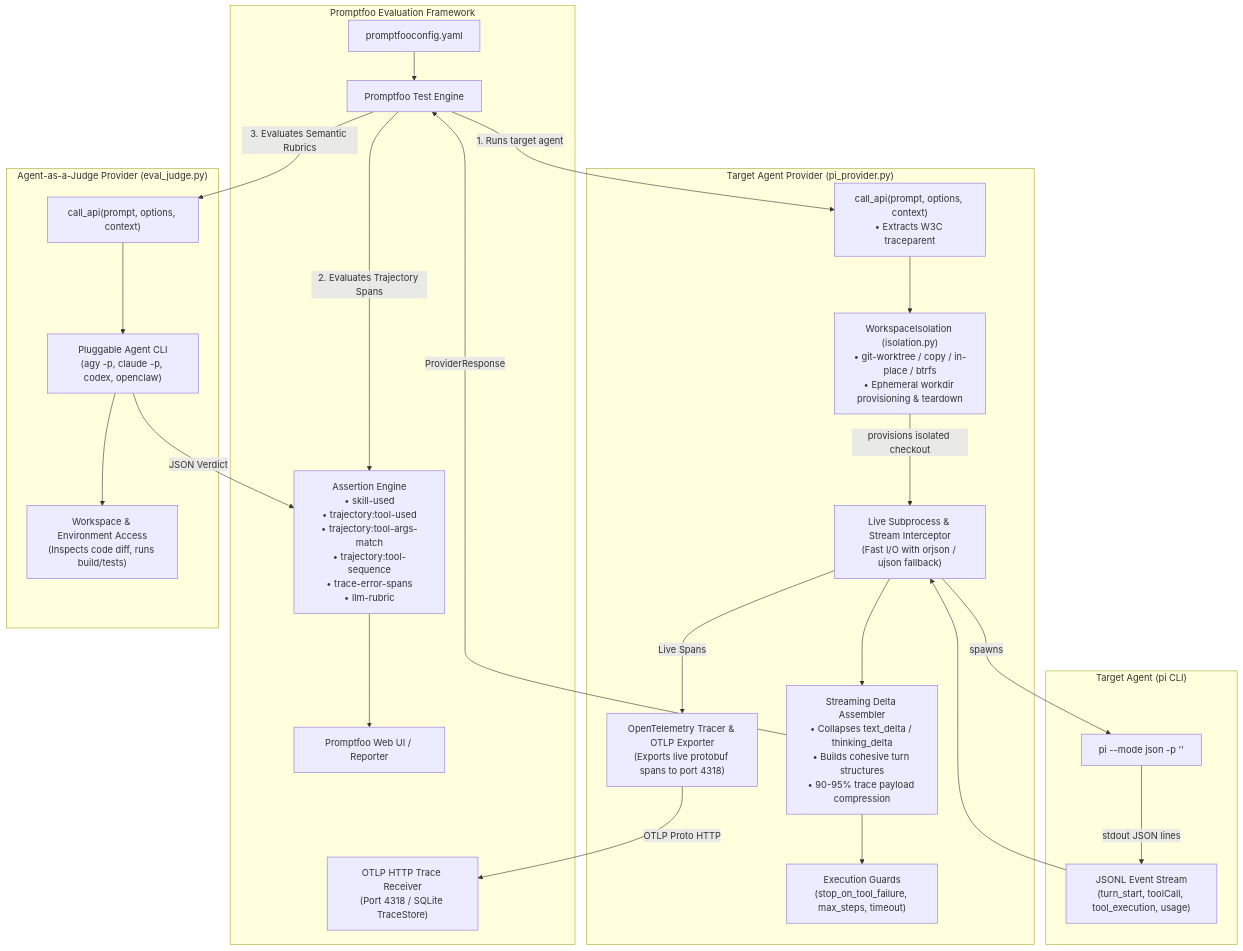
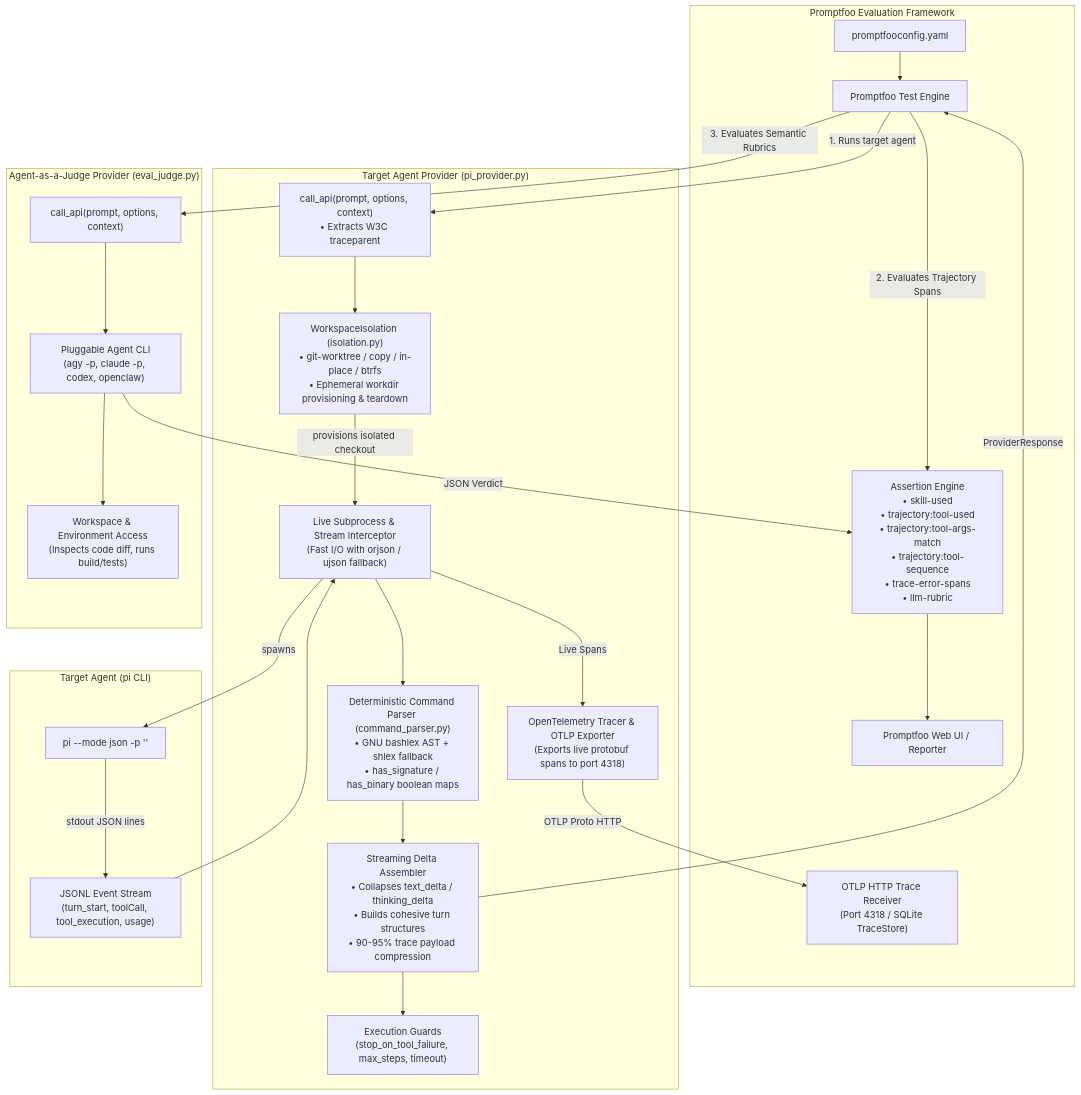
Before and after one commit to vptyp/promptfoo-eval-pi: the first of 2 diagrams in ARCHITECTURE.md, drawn with Mermaid. The commit also changed 1 other file, not shown here.

Commit message:
[docs] Update ARCHITECTURE.md diagram and promptfooconfig.yaml with has_binary matcher
:Description:
- Updated Mermaid architecture diagram in ARCHITECTURE.md to include CommandParser.
- Updated promptfooconfig.yaml test case from raw glob to deterministic has_binary: { pytest: true }.

:Testing:
- Verified markdown rendering and unit test suite (19/19 passing in 0.157s).

````diff
--- a/ARCHITECTURE.md
+++ b/ARCHITECTURE.md
@@ -9,49 +9,51 @@
 ```mermaid
 flowchart TD
     subgraph PF [Promptfoo Evaluation Framework]
         Config["promptfooconfig.yaml"]
         Runner["Promptfoo Test Engine"]
         OTLPRecv["OTLP HTTP Trace Receiver\n(Port 4318 / SQLite TraceStore)"]
         UI["Promptfoo Web UI / Reporter"]
         Assertions["Assertion Engine\n• skill-used\n• trajectory:tool-used\n• trajectory:tool-args-match\n• trajectory:tool-sequence\n• trace-error-spans\n• llm-rubric"]
     end
 
     subgraph Provider ["Target Agent Provider (pi_provider.py)"]
         Entry["call_api(prompt, options, context)\n• Extracts W3C traceparent"]
         IsoManager["WorkspaceIsolation (isolation.py)\n• git-worktree / copy / in-place / btrfs\n• Ephemeral workdir provisioning & teardown"]
         StreamRunner["Live Subprocess & Stream Interceptor\n(Fast I/O with orjson / ujson fallback)"]
+        CmdParser["Deterministic Command Parser (command_parser.py)\n• GNU bashlex AST + shlex fallback\n• has_signature / has_binary boolean maps"]
         DeltaAssembler["Streaming Delta Assembler\n• Collapses text_delta / thinking_delta\n• Builds cohesive turn structures\n• 90-95% trace payload compression"]
         OTelExporter["OpenTelemetry Tracer & OTLP Exporter\n(Exports live protobuf spans to port 4318)"]
         Guard["Execution Guards\n(stop_on_tool_failure, max_steps, timeout)"]
     end
 
     subgraph JudgeProvider ["Agent-as-a-Judge Provider (eval_judge.py)"]
         JudgeEntry["call_api(prompt, options, context)"]
         JudgeCLI["Pluggable Agent CLI\n(agy -p, claude -p, codex, openclaw)"]
         JudgeEnv["Workspace & Environment Access\n(Inspects code diff, runs build/tests)"]
     end
 
     subgraph Target ["Target Agent (pi CLI)"]
         PiProc["pi --mode json -p '<prompt>'"]
         JSONL["JSONL Event Stream\n(turn_start, toolCall, tool_execution, usage)"]
     end
 
     Config --> Runner
     Runner -->|1. Runs target agent| Entry
     Entry --> IsoManager
     IsoManager -->|provisions isolated checkout| StreamRunner
     StreamRunner -->|spawns| PiProc
     PiProc -->|stdout JSON lines| JSONL
     JSONL --> StreamRunner
-    StreamRunner --> DeltaAssembler
+    StreamRunner --> CmdParser
+    CmdParser --> DeltaAssembler
     DeltaAssembler --> Guard
     StreamRunner -->|Live Spans| OTelExporter
     OTelExporter -->|OTLP Proto HTTP| OTLPRecv
     DeltaAssembler -->|ProviderResponse| Runner
     Runner -->|2. Evaluates Trajectory Spans| Assertions
     Runner -->|3. Evaluates Semantic Rubrics| JudgeEntry
     JudgeEntry --> JudgeCLI
     JudgeCLI --> JudgeEnv
     JudgeCLI -->|JSON Verdict| Assertions
     Assertions --> UI
 ```
````
